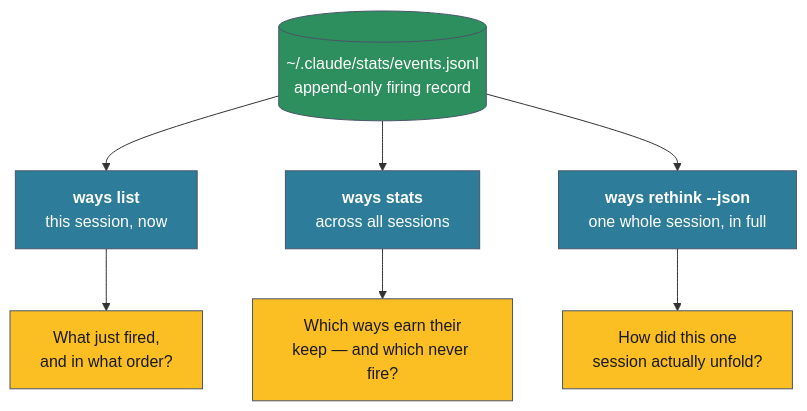
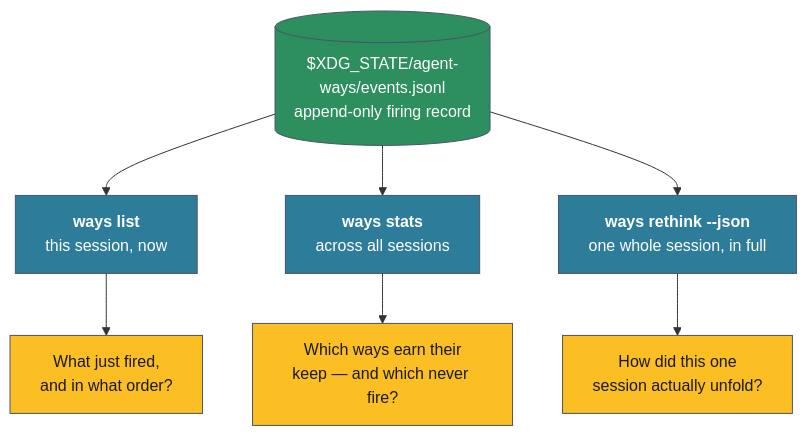
Before and after one commit to aaronsb/agent-ways: the diagram in docs/explanation/how-ways-works/reading-the-session-data.md, drawn with Mermaid. The commit also changed other lines of this file and 41 other files, not shown here.

````diff
--- a/docs/explanation/how-ways-works/reading-the-session-data.md
+++ b/docs/explanation/how-ways-works/reading-the-session-data.md
@@ -26,27 +26,27 @@
 ```mermaid
 flowchart TB
-    Log[("~/.claude/stats/events.jsonl<br/>append-only firing record")]
+    Log[("$XDG_STATE/agent-ways/events.jsonl<br/>append-only firing record")]
 
     List["<b>ways list</b><br/>this session, now"]
     Stats["<b>ways stats</b><br/>across all sessions"]
     Json["<b>ways rethink --json</b><br/>one whole session, in full"]
 
     Log --> List
     Log --> Stats
     Log --> Json
 
     Q1["What just fired,<br/>and in what order?"]
     Q2["Which ways earn their<br/>keep — and which never fire?"]
     Q3["How did this one<br/>session actually unfold?"]
 
     List --> Q1
     Stats --> Q2
     Json --> Q3
 
     classDef durable fill:#2d8e5e,color:#ffffff,stroke:#4a5568
     classDef tool fill:#2d7d9a,color:#ffffff,stroke:#4a5568
     classDef q fill:#fbbf24,color:#1a1a1a,stroke:#4a5568
     class Log durable
     class List,Stats,Json tool
     class Q1,Q2,Q3 q
 ```
````
